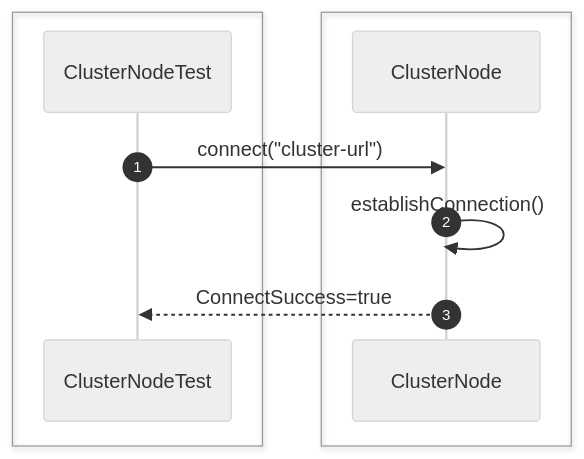
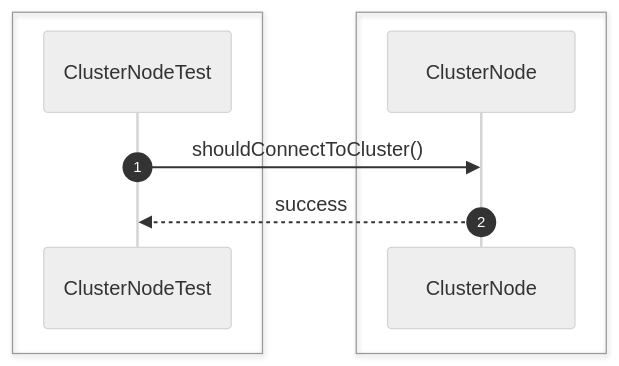
Diagram 12 of 26 in src/sequence/replication.md (Huy1801214/dbms-architecture), drawn with Mermaid (neutral theme) before and after one commit. The commit also changed other lines of this file and 68 other files, not shown here.

Commit message:
implement comprehensive unit test suite and architectural sequence documentation

````diff
--- a/src/sequence/replication.md
+++ b/src/sequence/replication.md
@@ -218,15 +173,13 @@
 ```mermaid
 sequenceDiagram
     autonumber
-
     box #e1f5fe Test Suite
     participant Test as ClusterNodeTest
     end
-    box #ffebee Replication Components
-    participant Node as ClusterNode
+    box #e3f2fd ClusterNode Component
+    participant CN as ClusterNode
     end
 
-    Test->>Node: connect("cluster-url")
-    Node->>Node: establishConnection()
-    Node-->>Test: ConnectSuccess=true
+    Test->>CN: shouldConnectToCluster()
+    CN-->>Test: success
 ```
````
